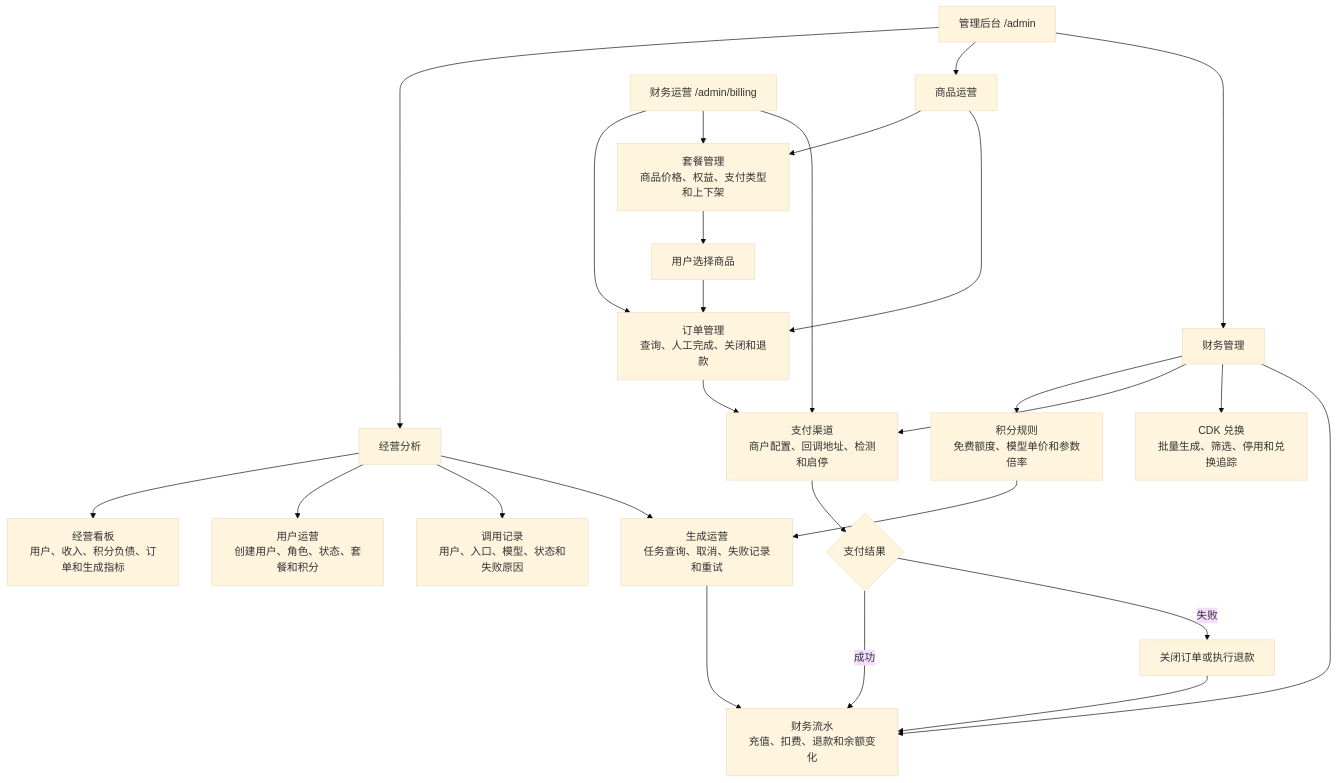
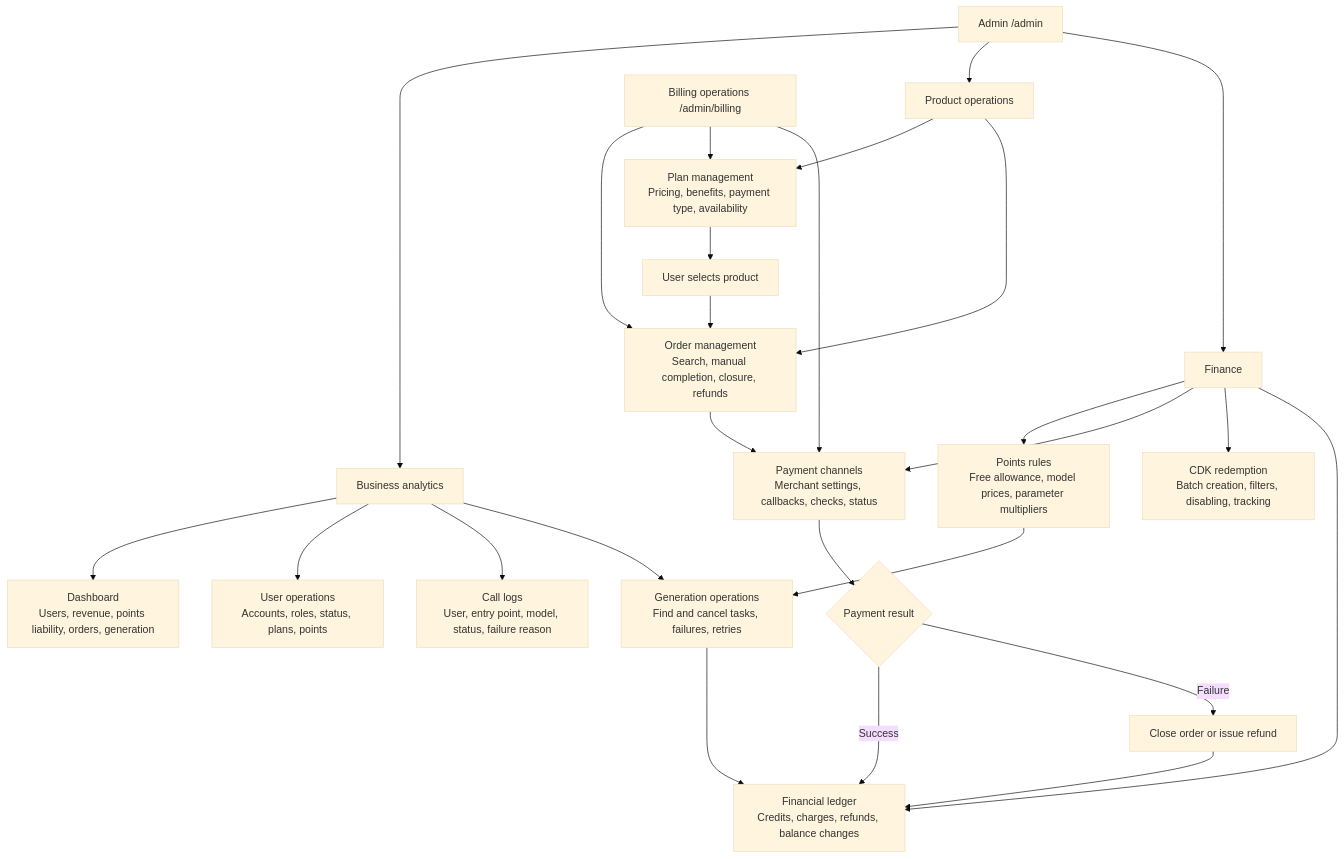
Before and after one commit to fandy20082008/GoldCube: the seventh of 9 diagrams in README.md, drawn with Mermaid (base theme). The commit also changed other lines of this file, not shown here.

````diff
--- a/README.md
+++ b/README.md
@@ -269,35 +268,35 @@
 ```mermaid
 flowchart TB
-    ADMIN["管理后台 /admin"] --> ANALYSIS["经营分析"]
-    ADMIN --> PRODUCT["商品运营"]
-    ADMIN --> FINANCE["财务管理"]
+    ADMIN["Admin /admin"] --> ANALYSIS["Business analytics"]
+    ADMIN --> PRODUCT["Product operations"]
+    ADMIN --> FINANCE["Finance"]
 
-    ANALYSIS --> OVERVIEW["经营看板<br/>用户、收入、积分负债、订单和生成指标"]
-    ANALYSIS --> USERS["用户运营<br/>创建用户、角色、状态、套餐和积分"]
-    ANALYSIS --> LOGS["调用记录<br/>用户、入口、模型、状态和失败原因"]
-    ANALYSIS --> GENERATION["生成运营<br/>任务查询、取消、失败记录和重试"]
+    ANALYSIS --> OVERVIEW["Dashboard<br/>Users, revenue, points liability, orders, generation"]
+    ANALYSIS --> USERS["User operations<br/>Accounts, roles, status, plans, points"]
+    ANALYSIS --> LOGS["Call logs<br/>User, entry point, model, status, failure reason"]
+    ANALYSIS --> GENERATION["Generation operations<br/>Find and cancel tasks, failures, retries"]
 
-    PRODUCT --> PRODUCTS["套餐管理<br/>商品价格、权益、支付类型和上下架"]
-    PRODUCT --> ORDERS["订单管理<br/>查询、人工完成、关闭和退款"]
+    PRODUCT --> PRODUCTS["Plan management<br/>Pricing, benefits, payment type, availability"]
+    PRODUCT --> ORDERS["Order management<br/>Search, manual completion, closure, refunds"]
 
-    FINANCE --> POINTS["积分规则<br/>免费额度、模型单价和参数倍率"]
-    FINANCE --> PAYMENTS["支付渠道<br/>商户配置、回调地址、检测和启停"]
-    FINANCE --> CDK["CDK 兑换<br/>批量生成、筛选、停用和兑换追踪"]
-    FINANCE --> WALLET["财务流水<br/>充值、扣费、退款和余额变化"]
+    FINANCE --> POINTS["Points rules<br/>Free allowance, model prices, parameter multipliers"]
+    FINANCE --> PAYMENTS["Payment channels<br/>Merchant settings, callbacks, checks, status"]
+    FINANCE --> CDK["CDK redemption<br/>Batch creation, filters, disabling, tracking"]
+    FINANCE --> WALLET["Financial ledger<br/>Credits, charges, refunds, balance changes"]
 
-    BILLING_ADMIN["财务运营 /admin/billing"] --> ORDERS
+    BILLING_ADMIN["Billing operations /admin/billing"] --> ORDERS
     BILLING_ADMIN --> PRODUCTS
     BILLING_ADMIN --> PAYMENTS
 
-    PRODUCTS --> USER_BUY["用户选择商品"]
+    PRODUCTS --> USER_BUY["User selects product"]
     USER_BUY --> ORDERS
     ORDERS --> PAYMENTS
-    PAYMENTS --> PAY_RESULT{"支付结果"}
+    PAYMENTS --> PAY_RESULT{"Payment result"}
 
-    PAY_RESULT -->|成功| WALLET
-    PAY_RESULT -->|失败| REFUND["关闭订单或执行退款"]
+    PAY_RESULT -->|Success| WALLET
+    PAY_RESULT -->|Failure| REFUND["Close order or issue refund"]
     REFUND --> WALLET
 
     POINTS --> GENERATION
     GENERATION --> WALLET
 ```
````
